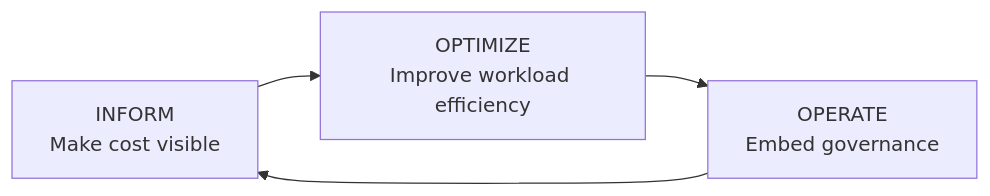
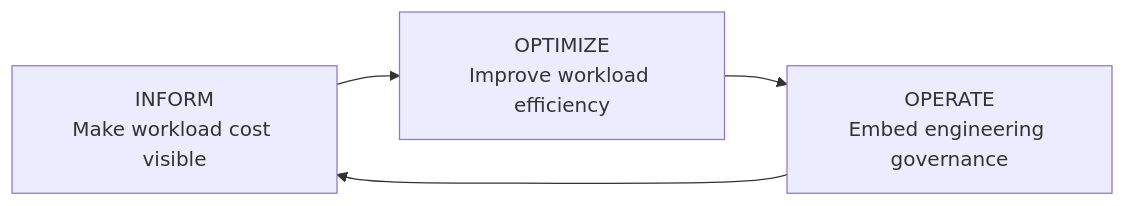
The second of 2 diagrams in Blog_1_Beyond_DBUs_Databricks_FinOps.md (djsardal/databricks_blogs), drawn with Mermaid before and after one commit. The commit also changed other lines of this file, not shown here.

````diff
--- a/Blog_1_Beyond_DBUs_Databricks_FinOps.md
+++ b/Blog_1_Beyond_DBUs_Databricks_FinOps.md
@@ -882,6 +882,6 @@
 ```mermaid
 flowchart LR
-    A["INFORM<br>Make cost visible"] --> B["OPTIMIZE<br>Improve workload efficiency"]
-    B --> C["OPERATE<br>Embed governance"]
+    A["INFORM<br>Make workload cost visible"] --> B["OPTIMIZE<br>Improve workload efficiency"]
+    B --> C["OPERATE<br>Embed engineering governance"]
     C --> A
 ```
````
